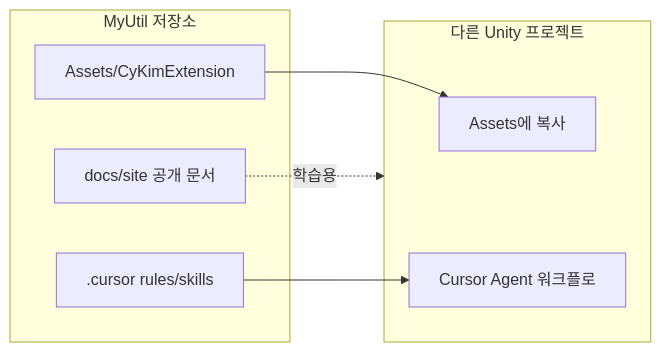
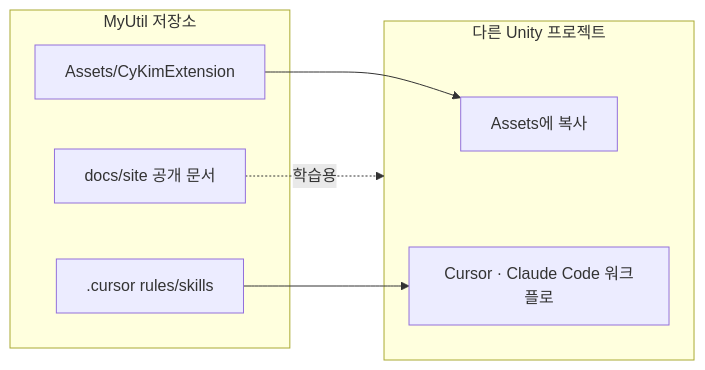
Before and after one commit to cyKim0115/MyUtil: the diagram in docs/site/learn/overview.md, drawn with Mermaid. The commit also changed other lines of this file and 9 other files, not shown here.

````diff
--- a/docs/site/learn/overview.md
+++ b/docs/site/learn/overview.md
@@ -10,15 +10,15 @@
 ```mermaid
 flowchart LR
   subgraph repo [MyUtil 저장소]
     Ext[Assets/CyKimExtension]
     Cursor[.cursor rules/skills]
     Docs[docs/site 공개 문서]
   end
   subgraph consumer [다른 Unity 프로젝트]
     Assets[Assets에 복사]
-    Agent[Cursor Agent 워크플로]
+    Agent[Cursor · Claude Code 워크플로]
   end
   Ext --> Assets
   Cursor --> Agent
   Docs -.->|학습용| consumer
 ```
````
